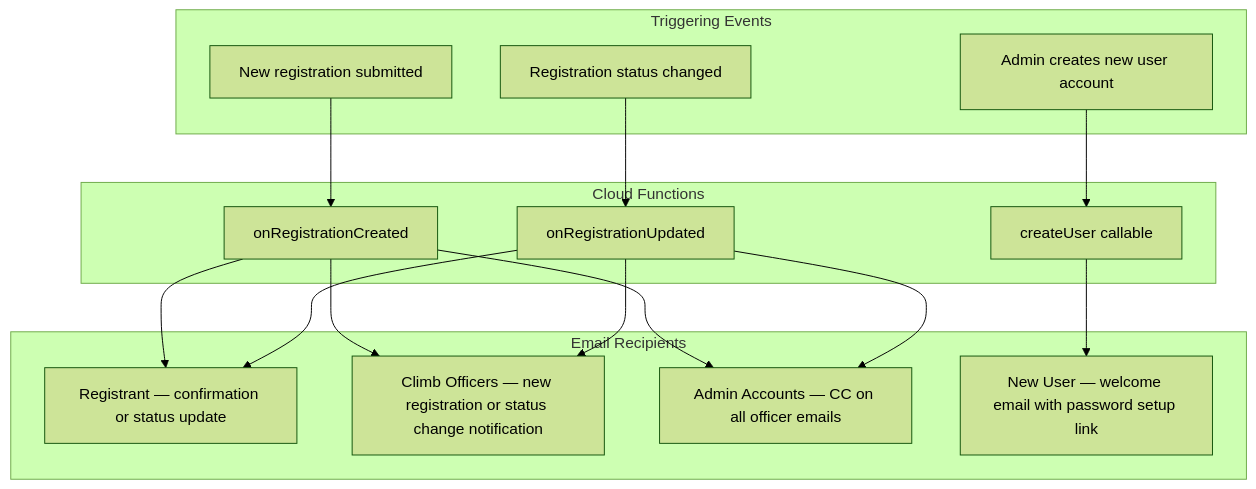
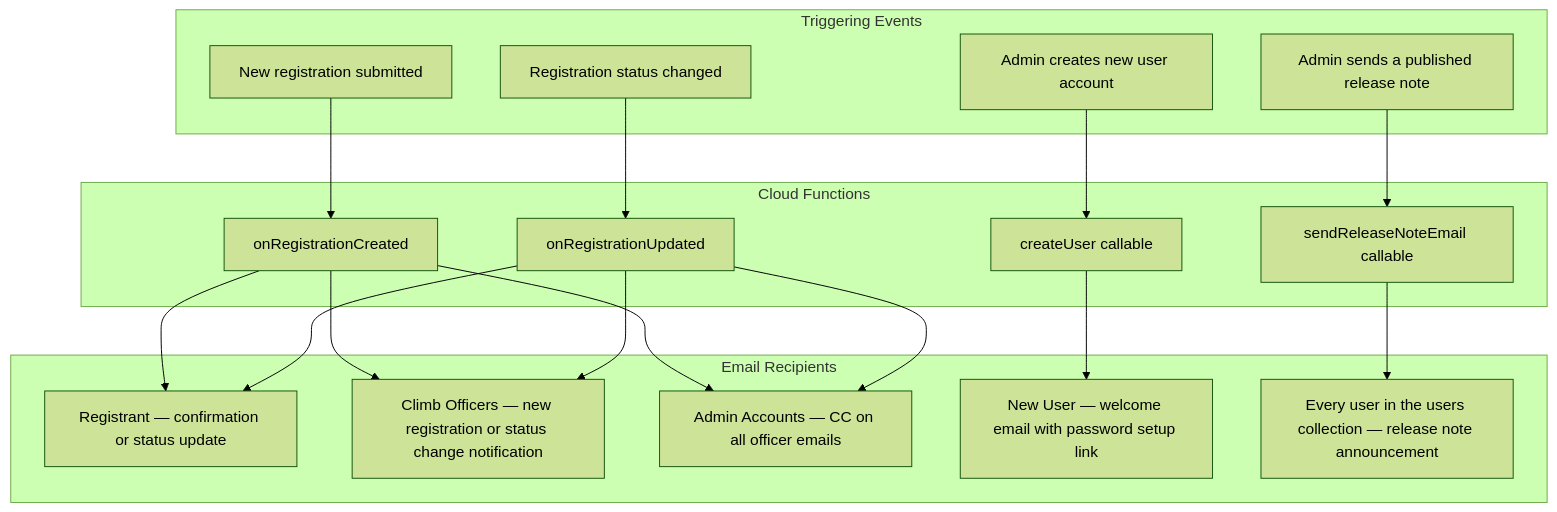
Diagram 12 of 13 in docs/ARCHITECTURE.md (Oweeboi011/mms-open-climbs), drawn with Mermaid (forest theme) before and after one commit. The commit also changed other lines of this file and 9 other files, not shown here.

First line of the commit message:
feat: Implement Release Notes feature with admin publishing and member notifications

````diff
--- a/docs/ARCHITECTURE.md
+++ b/docs/ARCHITECTURE.md
@@ -381,35 +419,40 @@
 ```mermaid
 flowchart TD
     subgraph Events["Triggering Events"]
         E1["New registration submitted"]
         E2["Registration status changed"]
         E3["Admin creates new user account"]
+        E4["Admin sends a published release note"]
     end
 
     subgraph Functions["Cloud Functions"]
         F1["onRegistrationCreated"]
         F2["onRegistrationUpdated"]
         F3["createUser callable"]
+        F4["sendReleaseNoteEmail callable"]
     end
 
     subgraph Recipients["Email Recipients"]
         R1["Registrant — confirmation or status update"]
         R2["Climb Officers — new registration or status change notification"]
         R3["Admin Accounts — CC on all officer emails"]
         R4["New User — welcome email with password setup link"]
+        R5["Every user in the users collection — release note announcement"]
     end
 
     E1 --> F1
     E2 --> F2
     E3 --> F3
+    E4 --> F4
 
     F1 --> R1
     F1 --> R2
     F1 --> R3
 
     F2 --> R1
     F2 --> R2
     F2 --> R3
 
     F3 --> R4
+    F4 --> R5
 ```
````
